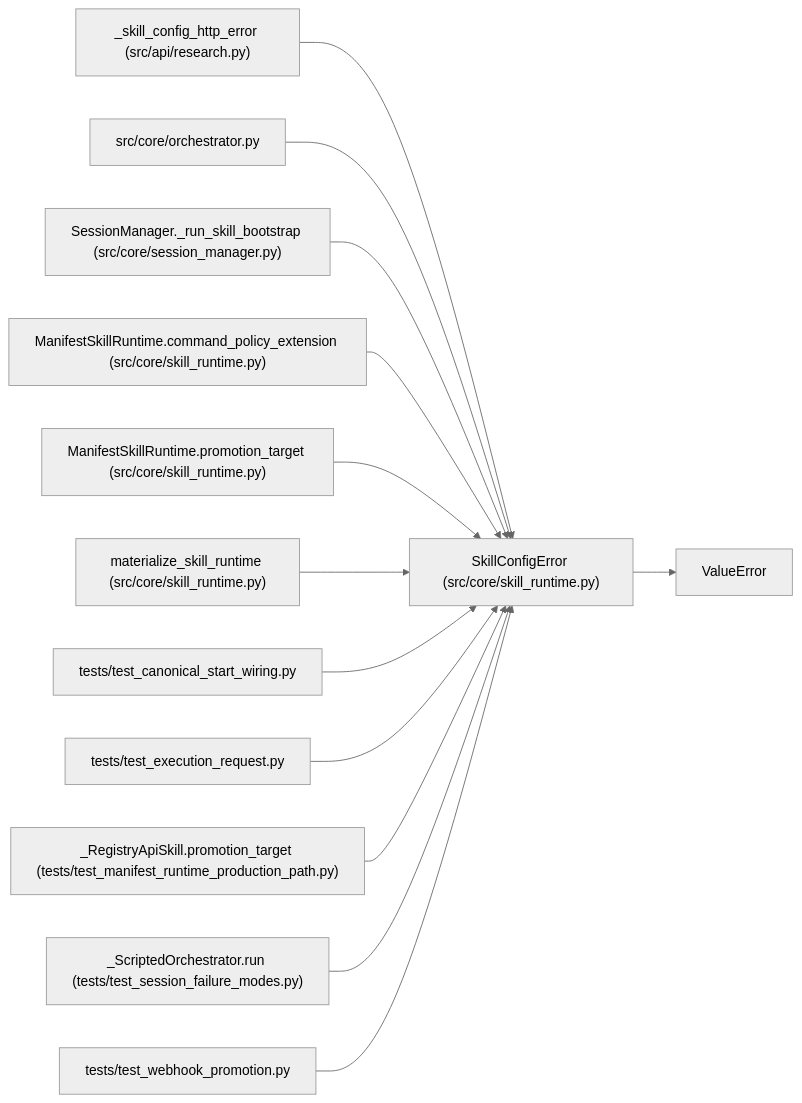
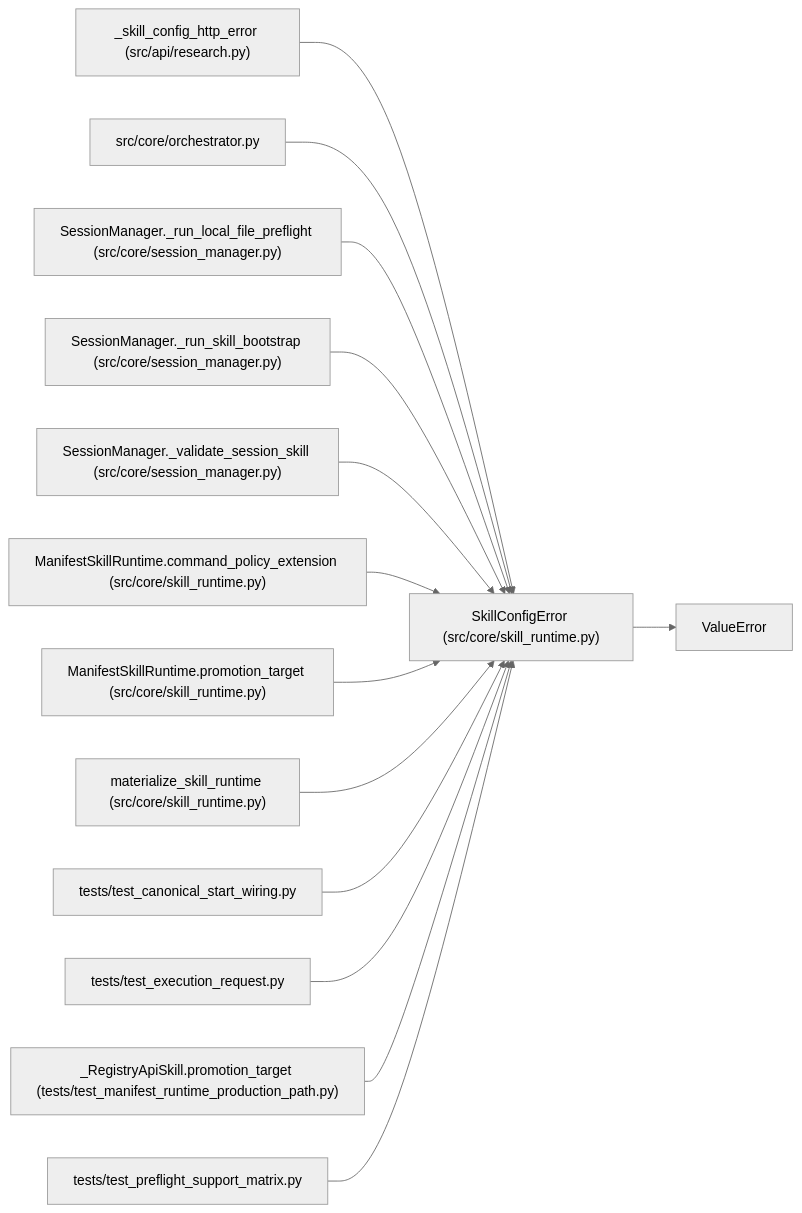
One commit to Denissvgn/autoresearch-agent changed the diagram in docs/llm_wiki/entities/SkillConfigError.md. Above: the diagram before and after it, drawn with Mermaid (neutral theme). The commit also changed other lines of this file and 1033 other files, not shown here.

````diff
--- a/docs/llm_wiki/entities/SkillConfigError.md
+++ b/docs/llm_wiki/entities/SkillConfigError.md
@@ -30,40 +30,43 @@
 ```mermaid
 flowchart LR
     n0["SkillConfigError (src/core/skill_runtime.py)"]
     n1["ValueError"]
     n2["_skill_config_http_error (src/api/research.py)"]
     n3["src/core/orchestrator.py"]
-    n4["SessionManager._run_skill_bootstrap (src/core/session_manager.py)"]
-    n5["ManifestSkillRuntime.command_policy_extension (src/core/skill_runtime.py)"]
-    n6["ManifestSkillRuntime.promotion_target (src/core/skill_runtime.py)"]
-    n7["materialize_skill_runtime (src/core/skill_runtime.py)"]
-    n8["tests/test_canonical_start_wiring.py"]
-    n9["tests/test_execution_request.py"]
-    n10["_RegistryApiSkill.promotion_target (tests/test_manifest_runtime_production_path.py)"]
-    n11["_ScriptedOrchestrator.run (tests/test_session_failure_modes.py)"]
-    n12["tests/test_webhook_promotion.py"]
+    n4["SessionManager._run_local_file_preflight (src/core/session_manager.py)"]
+    n5["SessionManager._run_skill_bootstrap (src/core/session_manager.py)"]
+    n6["SessionManager._validate_session_skill (src/core/session_manager.py)"]
+    n7["ManifestSkillRuntime.command_policy_extension (src/core/skill_runtime.py)"]
+    n8["ManifestSkillRuntime.promotion_target (src/core/skill_runtime.py)"]
+    n9["materialize_skill_runtime (src/core/skill_runtime.py)"]
+    n10["tests/test_canonical_start_wiring.py"]
+    n11["tests/test_execution_request.py"]
+    n12["_RegistryApiSkill.promotion_target (tests/test_manifest_runtime_production_path.py)"]
+    n13["tests/test_preflight_support_matrix.py"]
     n0 --> n1
     n2 --> n0
     n3 --> n0
     n4 --> n0
     n5 --> n0
     n6 --> n0
     n7 --> n0
     n8 --> n0
     n9 --> n0
     n10 --> n0
     n11 --> n0
     n12 --> n0
+    n13 --> n0
     click n0 "../modules/skill_runtime.md"
     click n2 "../modules/research.md"
     click n3 "../modules/orchestrator.md"
     click n4 "../modules/session_manager.md"
-    click n5 "../modules/skill_runtime.md"
-    click n6 "../modules/skill_runtime.md"
+    click n5 "../modules/session_manager.md"
+    click n6 "../modules/session_manager.md"
     click n7 "../modules/skill_runtime.md"
-    click n8 "../modules/test_canonical_start_wiring.md"
-    click n9 "../modules/test_execution_request.md"
-    click n10 "../modules/test_manifest_runtime_production_path.md"
-    click n11 "../modules/test_session_failure_modes.md"
-    click n12 "../modules/test_webhook_promotion.md"
+    click n8 "../modules/skill_runtime.md"
+    click n9 "../modules/skill_runtime.md"
+    click n10 "../modules/test_canonical_start_wiring.md"
+    click n11 "../modules/test_execution_request.md"
+    click n12 "../modules/test_manifest_runtime_production_path.md"
+    click n13 "../modules/test_preflight_support_matrix.md"
 ```
````
